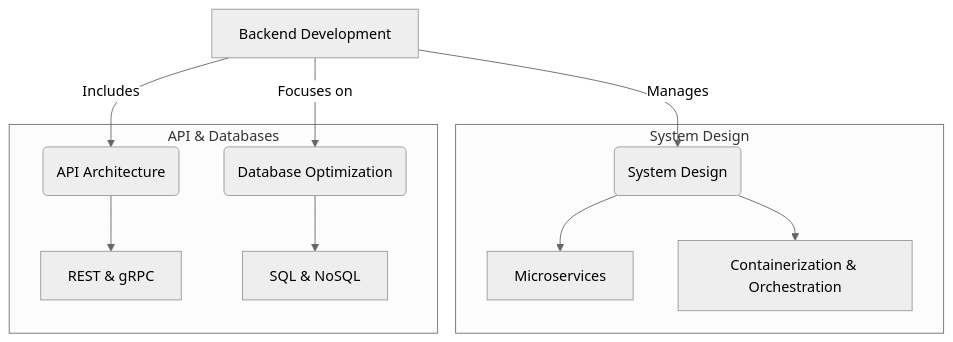
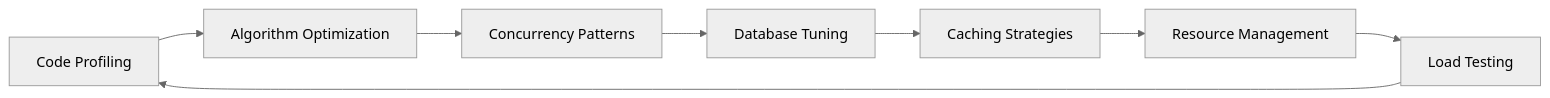
The second of 3 diagrams in README.md (RajaSunrise/RajaSunrise), drawn with Mermaid (neutral theme) before and after one commit. The commit also changed other lines of this file, not shown here.

````diff
--- a/README.md
+++ b/README.md
@@ -28,16 +76,10 @@
 ```mermaid
-graph TD
-    A[Backend Development] -->|Manages| B(System Design)
-    A -->|Includes| C(API Architecture)
-    A -->|Focuses on| D(Database Optimization)
-
-    subgraph "System Design"
-        B --> E[Microservices]
-        B --> H[Containerization & Orchestration]
-    end
-
-    subgraph "API & Databases"
-        C --> F[REST & gRPC]
-        D --> G[SQL & NoSQL]
-    end
+graph LR
+  A[Code Profiling] --> B[Algorithm Optimization]
+  B --> C[Concurrency Patterns]
+  C --> D[Database Tuning]
+  D --> E[Caching Strategies]
+  E --> F[Resource Management]
+  F --> G[Load Testing]
+  G --> A
 ```
````
